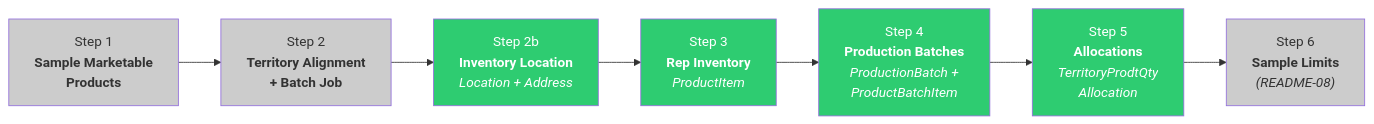
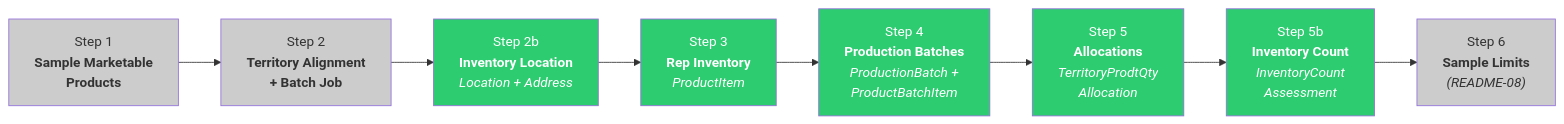
One commit to afls-ideas/Multi-Country-Brand-Setup changed the fifth of 6 diagrams in README-12-Sample-Inventory.md. Above: the diagram before and after it, drawn with Mermaid. The commit also changed other lines of this file and 2 other files, not shown here.

First line of the commit message:
Add inventory count assessment script and documentation to README-12

````diff
--- a/README-12-Sample-Inventory.md
+++ b/README-12-Sample-Inventory.md
@@ -413,20 +448,23 @@
 ```mermaid
 flowchart LR
     S1["Step 1<br/><b>Sample Marketable<br/>Products</b>"]
     S2["Step 2<br/><b>Territory Alignment<br/>+ Batch Job</b>"]
     S2b["Step 2b<br/><b>Inventory Location</b><br/><i>Location + Address</i>"]
     S3["Step 3<br/><b>Rep Inventory</b><br/><i>ProductItem</i>"]
     S4["Step 4<br/><b>Production Batches</b><br/><i>ProductionBatch +<br/>ProductBatchItem</i>"]
     S5["Step 5<br/><b>Allocations</b><br/><i>TerritoryProdtQty<br/>Allocation</i>"]
     S6["Step 6<br/><b>Sample Limits</b><br/><i>(README-08)</i>"]
 
-    S1 --> S2 --> S2b --> S3 --> S4 --> S5 --> S6
+    S5b["Step 5b<br/><b>Inventory Count</b><br/><i>InventoryCount<br/>Assessment</i>"]
+
+    S1 --> S2 --> S2b --> S3 --> S4 --> S5 --> S5b --> S6
 
     style S1 fill:#ccc,color:#333
     style S2 fill:#ccc,color:#333
     style S2b fill:#2ecc71,color:#fff
     style S3 fill:#2ecc71,color:#fff
     style S4 fill:#2ecc71,color:#fff
     style S5 fill:#2ecc71,color:#fff
+    style S5b fill:#2ecc71,color:#fff
     style S6 fill:#ccc,color:#333
 ```
````
